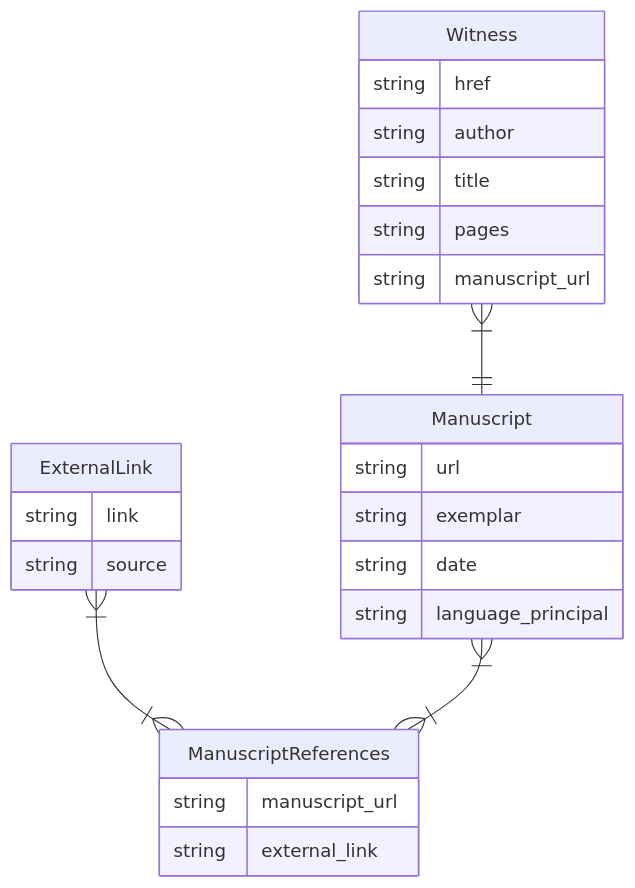
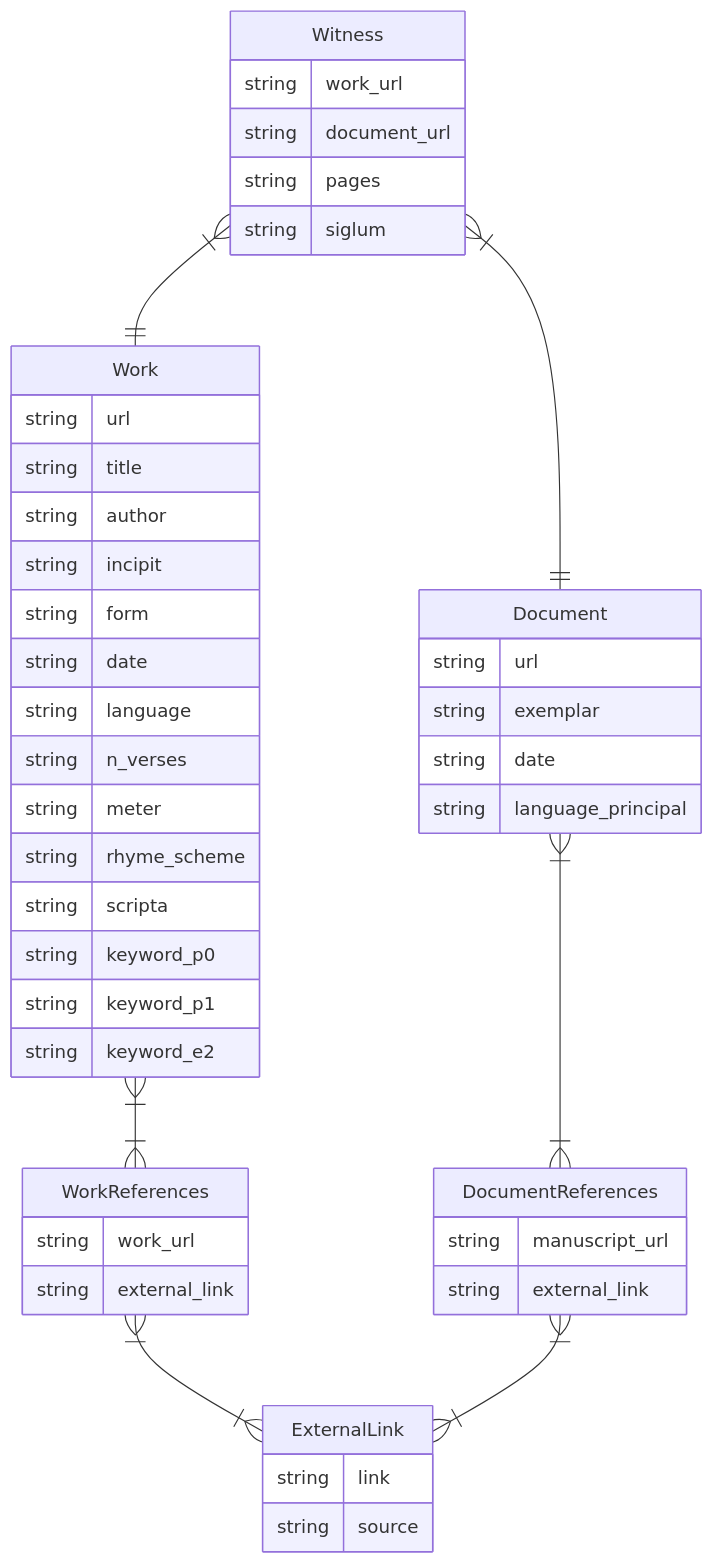
One commit to LostMa-ERC/JonasScraper changed the diagram in README.md. Above: the diagram before and after it, drawn with Mermaid. The commit also changed other lines of this file and 8 other files, not shown here.

````diff
--- a/README.md
+++ b/README.md
@@ -123,35 +119,62 @@
 ```mermaid
 erDiagram
 
-Witness {
-    string href
+Work {
+    string url
+    string title
     string author
-    string title
-    string pages
-    string manuscript_url
+    string incipit
+    string form
+    string date
+    string language
+    string n_verses
+    string meter
+    string rhyme_scheme
+    string scripta
+    string keyword_p0
+    string keyword_p1
+    string keyword_e2
 }
 
-Manuscript {
+Witness {
+    string work_url
+    string document_url
+    string pages
+    string siglum
+}
+
+Document {
     string url
     string exemplar
     string date
     string language_principal
+}
+
+WorkReferences {
+    string work_url
+    string external_link
 }
 
 ExternalLink {
     string link
     string source
 }
 
-ManuscriptReferences {
+DocumentReferences {
     string manuscript_url
     string external_link
 }
 
-Witness }|--|| Manuscript : ""
+Witness }|--|| Document : ""
 
-ExternalLink }|--|{ ManuscriptReferences : ""
+Witness }|--|| Work : ""
 
-Manuscript }|--|{ ManuscriptReferences : ""
+WorkReferences }|--|{ ExternalLink : ""
+
+DocumentReferences }|--|{ ExternalLink : ""
+
+Document }|--|{ DocumentReferences : ""
+
+Work }|--|{ WorkReferences : ""
 
 ```
````
